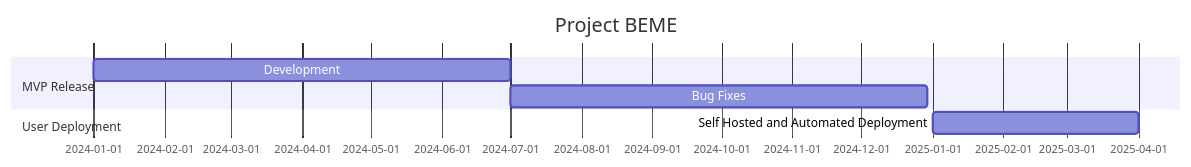
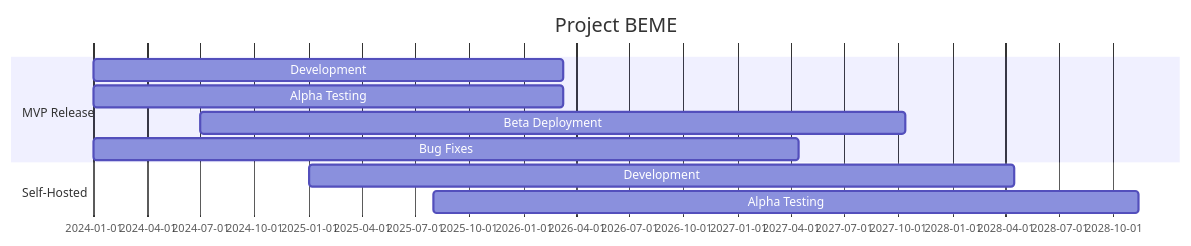
One commit to BEAMIFYME/BEAMIFYME changed the diagram in README.md. Above: the diagram before and after it, drawn with Mermaid. The commit also changed other lines of this file, not shown here.

````diff
--- a/README.md
+++ b/README.md
@@ -4,12 +4,15 @@
 ```mermaid
 gantt
     dateFormat  YYYY-MM-DD
     title Project BEME
 
     section MVP Release
-        Development           :2024-01-01, 182d
-        Bug Fixes             :2024-07-01, 182d
-
-    section User Deployment
-        Self Hosted and Automated Deployment :2025-01-01, 90d
+        Development           :2024-01-01, 800d
+        Alpha Testing          :2024-01-01, 800d
+        Beta Deployment        :2024-07-01, 1200d
+        Bug Fixes             :2024-01-01, 1200d
+        
+    section Self-Hosted
+        Development           :2025-01-01, 1200d
+        Alpha Testing          :2025-08-01, 1200d
 ```
````
